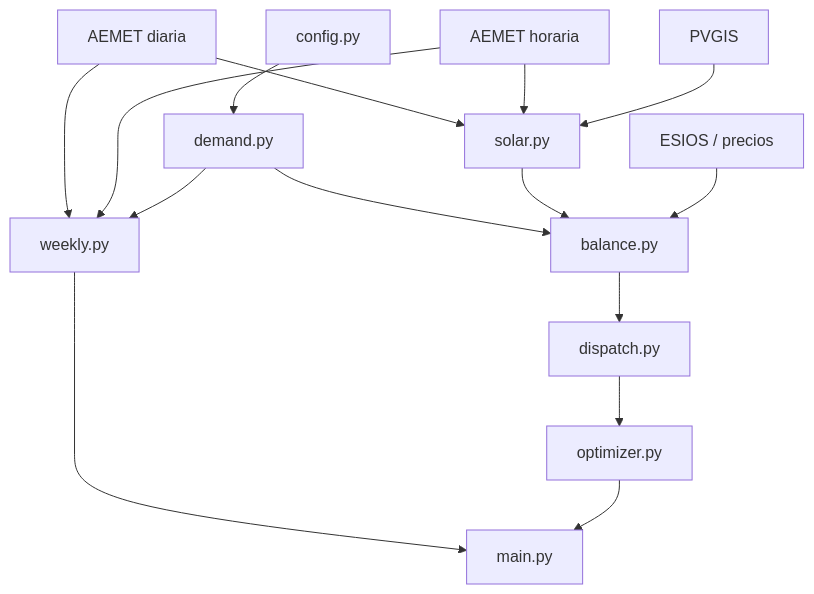
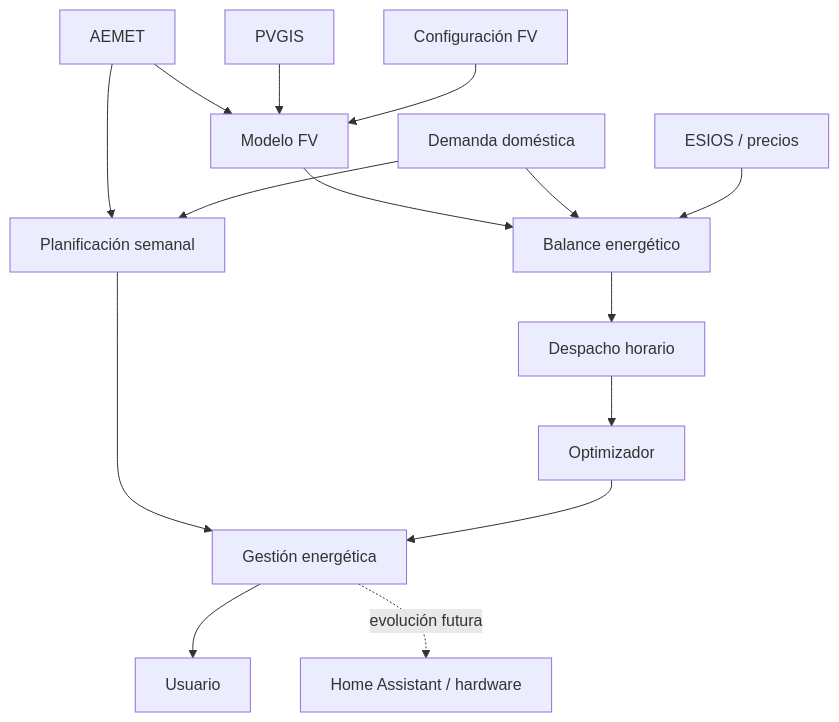
Before and after one commit to maxwellfree/API-KEY-plus-OPEN-DATA-from-AEMET-in-Solar-systems-management-ARDUINO-: the first of 4 diagrams in README.md, drawn with Mermaid. The commit also changed other lines of this file, not shown here.

````diff
--- a/README.md
+++ b/README.md
@@ -156,22 +165,22 @@
 ```mermaid
 flowchart TD
-    C[config.py] --> D[demand.py]
+    A[AEMET] --> S[Modelo FV]
+    P[PVGIS] --> S
+    C[Configuración FV] --> S
 
-    A[AEMET diaria] --> S[solar.py]
-    AH[AEMET horaria] --> S
-    P[PVGIS] --> S
-
-    D --> B[balance.py]
-    S --> B
+    S --> B[Balance energético]
+    D[Demanda doméstica] --> B
     E[ESIOS / precios] --> B
 
-    B --> DP[dispatch.py]
-    DP --> O[optimizer.py]
+    B --> DP[Despacho horario]
+    DP --> O[Optimizador]
 
-    A --> W[weekly.py]
-    AH --> W
+    A --> W[Planificación semanal]
     D --> W
 
-    W --> M[main.py]
+    W --> M[Gestión energética]
     O --> M
+
+    M --> U[Usuario]
+    M -. evolución futura .-> H[Home Assistant / hardware]
 ```
````
